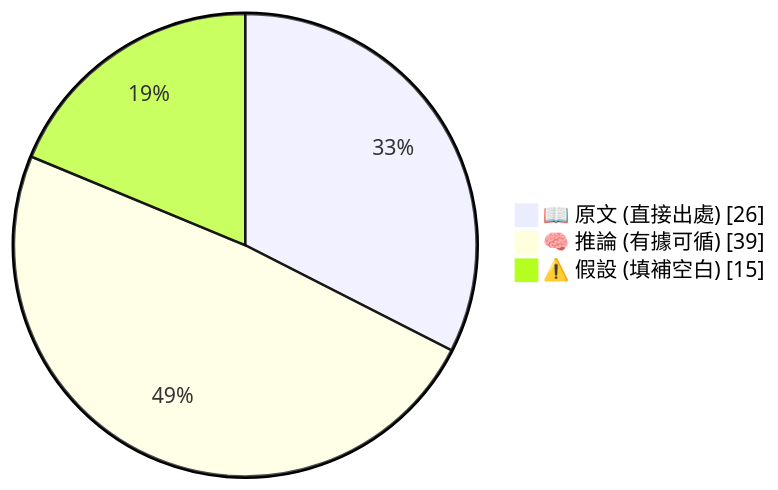
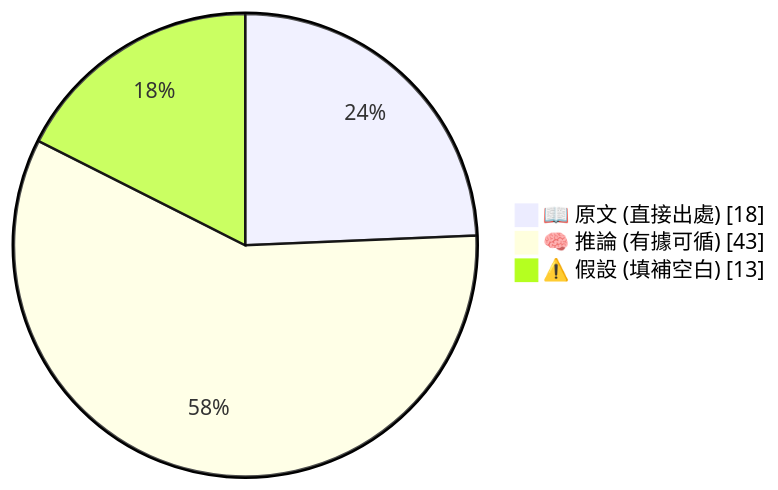
One commit to livia-hsieh/ai-intel-harness changed the first of 23 diagrams in digests/2026-W19.md. Above: the diagram before and after it, drawn with Mermaid. The commit also changed other lines of this file and 1 other file, not shown here.

````diff
--- a/digests/2026-W19.md
+++ b/digests/2026-W19.md
@@ -17,6 +17,6 @@
 ```mermaid
 pie showData
-    "📖 原文 (直接出處)" : 26
-    "🧠 推論 (有據可循)" : 39
-    "⚠️ 假設 (填補空白)" : 15
+    "📖 原文 (直接出處)" : 18
+    "🧠 推論 (有據可循)" : 43
+    "⚠️ 假設 (填補空白)" : 13
 ```
````
